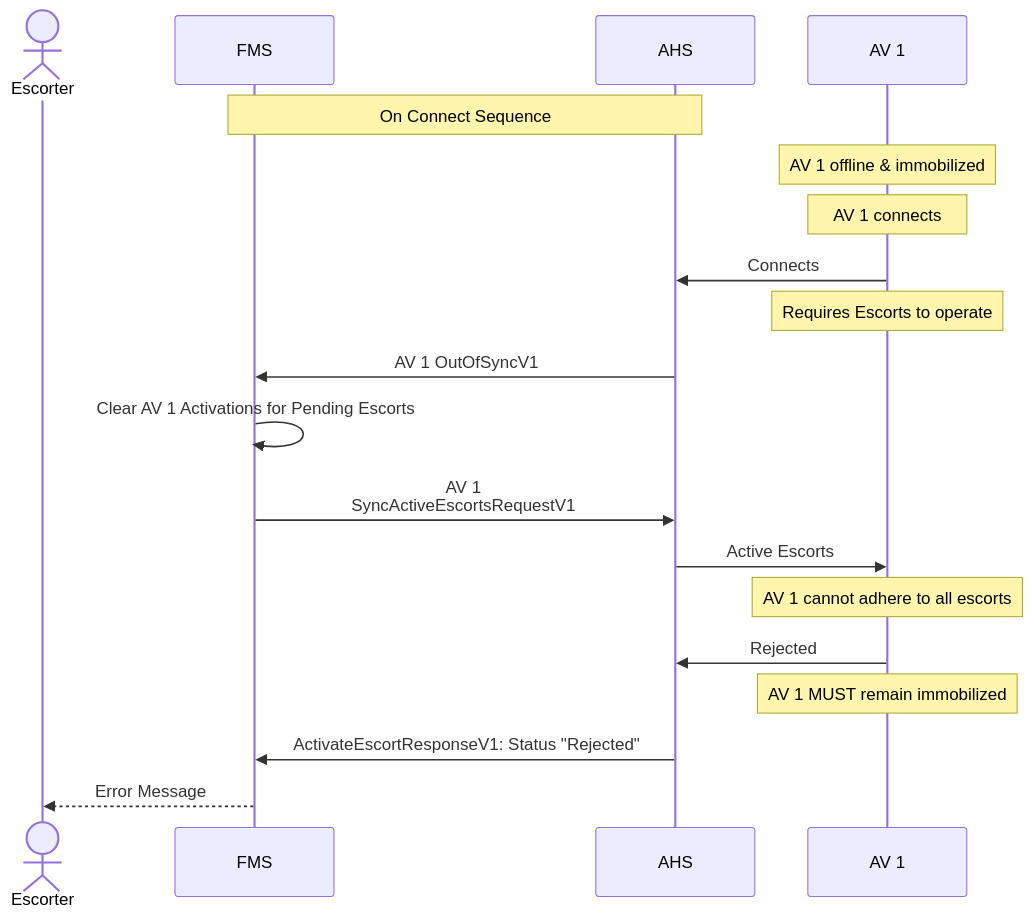
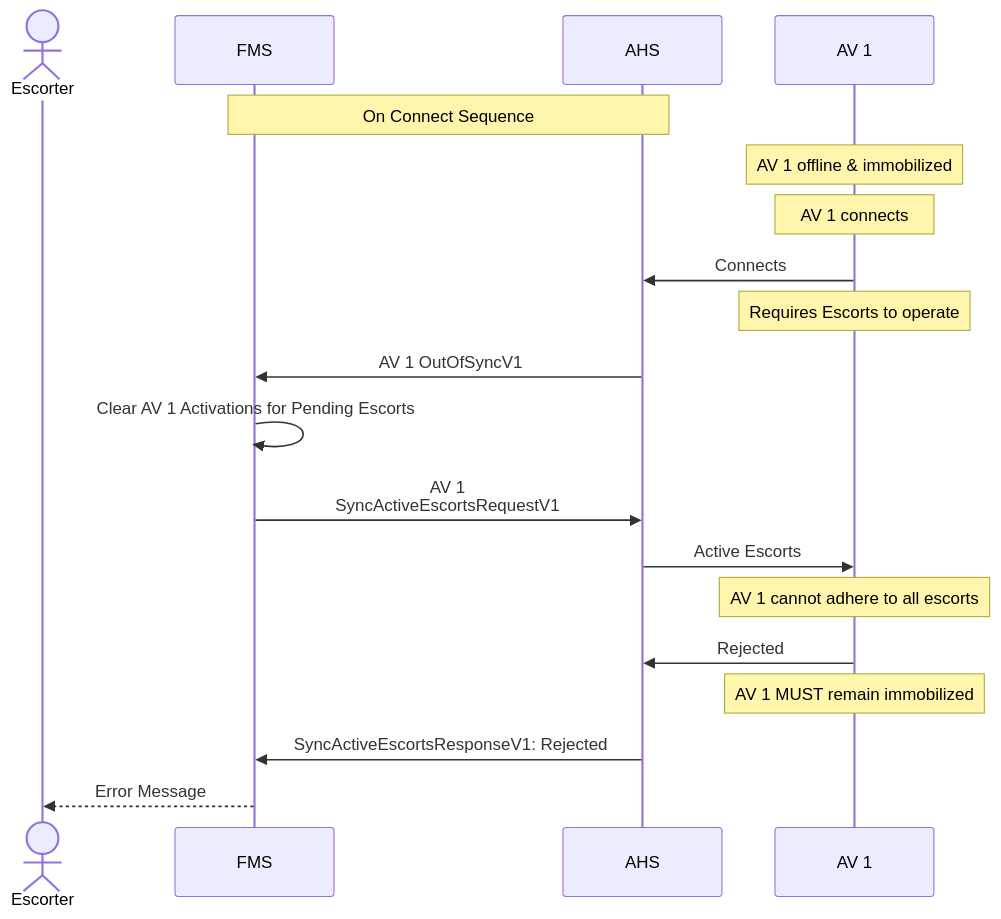
The third of 3 diagrams in diagram/Synchronization.md (open-autonomy/escort), drawn with Mermaid before and after one commit.

Commit message:
Use SyncActiveEscortsResponseV1 as response for rejection of SyncActiveEscortsRequestV1

````diff
--- a/diagram/Synchronization.md
+++ b/diagram/Synchronization.md
@@ -113,32 +113,32 @@
 ```mermaid
 sequenceDiagram
     actor Escorter
     participant FMS
     participant AHS
     participant AV 1
 
     Note over FMS,AHS: On Connect Sequence
 
     Note over AV 1: AV 1 offline & immobilized
 
     Note Over AV 1: AV 1 connects
 
     AV 1->>AHS: Connects
     Note Over AV 1: Requires Escorts to operate
 
     AHS->>FMS: AV 1 OutOfSyncV1
     FMS->>FMS: Clear AV 1 Activations for Pending Escorts
 
     FMS->>AHS: AV 1 <br/> SyncActiveEscortsRequestV1
     AHS->>AV 1: Active Escorts
     Note Over AV 1: AV 1 cannot adhere to all escorts
 
     AV 1->>AHS: Rejected
 
     Note Over AV 1: AV 1 MUST remain immobilized
 
-    AHS->>FMS: ActivateEscortResponseV1: Status "Rejected"
+    AHS->>FMS: SyncActiveEscortsResponseV1: Rejected
 
     FMS-->>Escorter: Error Message
 
 ```
````
